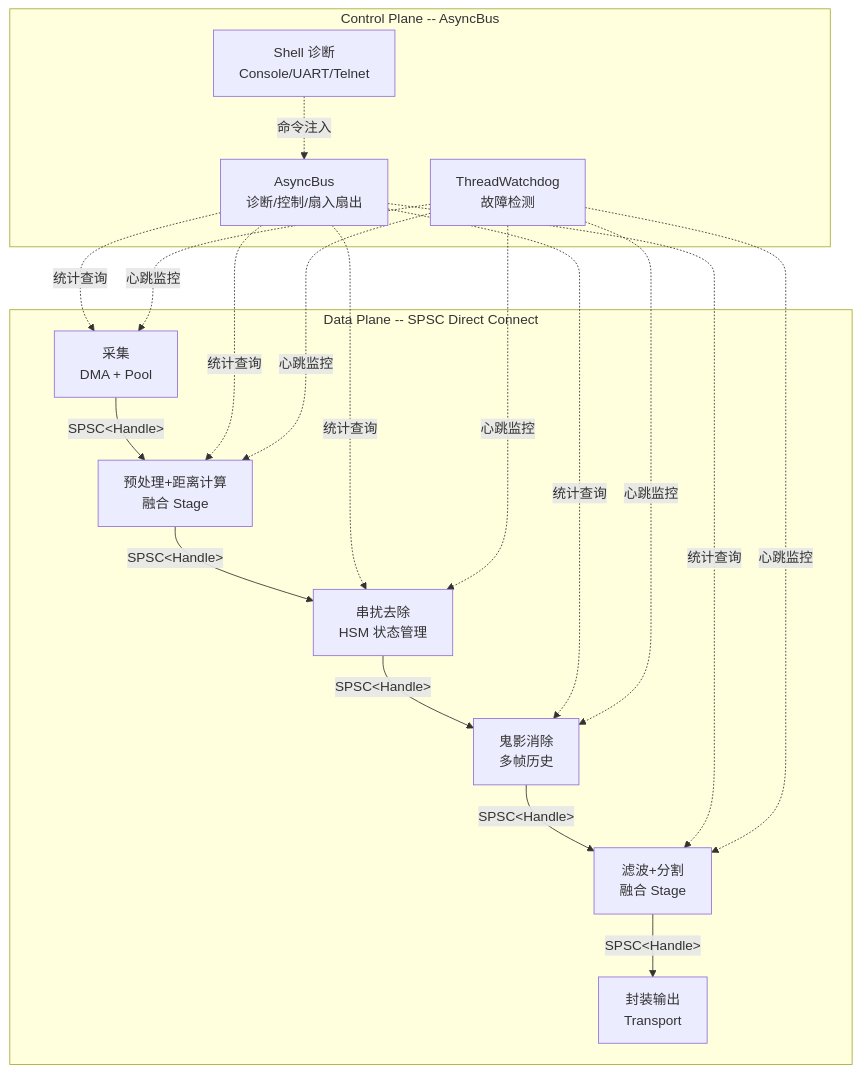
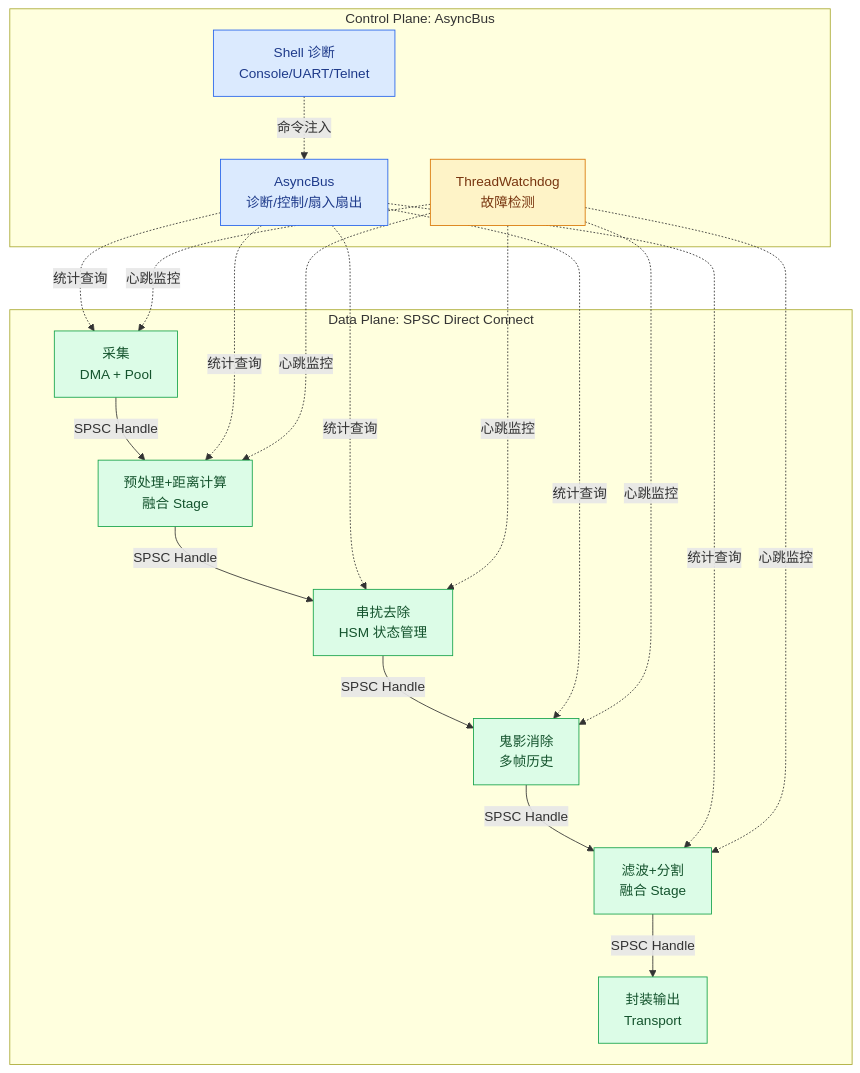
The first of 2 diagrams in content/posts/architecture/lidar_pipeline_newosp.md (DeguiLiu/tech-notes), drawn with Mermaid before and after one commit. The commit also changed other lines of this file and 16 other files, not shown here.

First line of the commit message:
story-docs(blog): de-AI architecture and pattern posts, add project links

````diff
--- a/content/posts/architecture/lidar_pipeline_newosp.md
+++ b/content/posts/architecture/lidar_pipeline_newosp.md
@@ -66,20 +66,26 @@
 ```mermaid
 flowchart TB
-    subgraph "Data Plane -- SPSC Direct Connect"
-        ACQ[采集<br/>DMA + Pool] -->|"SPSC&lt;Handle&gt;"| PRECALC[预处理+距离计算<br/>融合 Stage]
-        PRECALC -->|"SPSC&lt;Handle&gt;"| XTALK[串扰去除<br/>HSM 状态管理]
-        XTALK -->|"SPSC&lt;Handle&gt;"| GHOST[鬼影消除<br/>多帧历史]
-        GHOST -->|"SPSC&lt;Handle&gt;"| FILTSEG[滤波+分割<br/>融合 Stage]
-        FILTSEG -->|"SPSC&lt;Handle&gt;"| PKG[封装输出<br/>Transport]
+    subgraph "Data Plane: SPSC Direct Connect"
+        ACQ[采集<br/>DMA + Pool] -->|"SPSC Handle"| PRECALC[预处理+距离计算<br/>融合 Stage]
+        PRECALC -->|"SPSC Handle"| XTALK[串扰去除<br/>HSM 状态管理]
+        XTALK -->|"SPSC Handle"| GHOST[鬼影消除<br/>多帧历史]
+        GHOST -->|"SPSC Handle"| FILTSEG[滤波+分割<br/>融合 Stage]
+        FILTSEG -->|"SPSC Handle"| PKG[封装输出<br/>Transport]
     end
 
-    subgraph "Control Plane -- AsyncBus"
+    subgraph "Control Plane: AsyncBus"
         BUS[AsyncBus<br/>诊断/控制/扇入扇出]
         SHELL[Shell 诊断<br/>Console/UART/Telnet]
         WDG[ThreadWatchdog<br/>故障检测]
     end
 
     BUS -.->|统计查询| ACQ & PRECALC & XTALK & GHOST & FILTSEG
     SHELL -.->|命令注入| BUS
     WDG -.->|心跳监控| ACQ & PRECALC & XTALK & GHOST & FILTSEG
+    classDef stage fill:#dcfce7,stroke:#16a34a,color:#14532d
+    classDef ctrl fill:#dbeafe,stroke:#2563eb,color:#1e3a8a
+    classDef watch fill:#fef3c7,stroke:#d97706,color:#78350f
+    class ACQ,PRECALC,XTALK,GHOST,FILTSEG,PKG stage
+    class BUS,SHELL ctrl
+    class WDG watch
 ```
````
